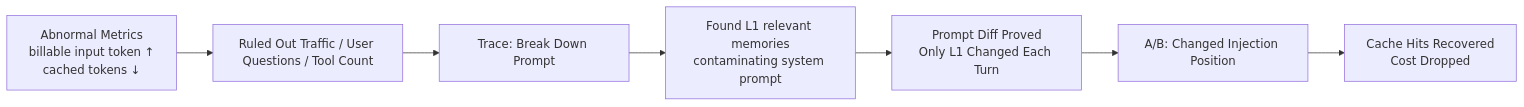
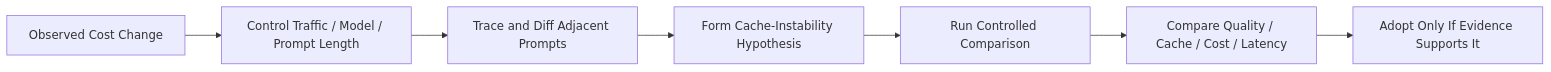
Before and after one commit to PorunC/interview: the seventh of 20 diagrams in 问题/05-英文面试/三项目与Agent系统设计-英文.md, drawn with Mermaid. The commit also changed other lines of this file and 27 other files, not shown here.

````diff
--- a/问题/05-英文面试/三项目与Agent系统设计-英文.md
+++ b/问题/05-英文面试/三项目与Agent系统设计-英文.md
@@ -310,9 +310,9 @@
 ```mermaid
 flowchart LR
-    A["Abnormal Metrics<br/>billable input token ↑<br/>cached tokens ↓"] --> B["Ruled Out Traffic / User Questions / Tool Count"]
-    B --> C["Trace: Break Down Prompt"]
-    C --> D["Found L1 relevant memories<br/>contaminating system prompt"]
-    D --> E["Prompt Diff Proved<br/>Only L1 Changed Each Turn"]
-    E --> F["A/B: Changed Injection Position"]
-    F --> G["Cache Hits Recovered<br/>Cost Dropped"]
+    A["Observed Cost Change"] --> B["Control Traffic / Model / Prompt Length"]
+    B --> C["Trace and Diff Adjacent Prompts"]
+    C --> D["Form Cache-Instability Hypothesis"]
+    D --> E["Run Controlled Comparison"]
+    E --> F["Compare Quality / Cache / Cost / Latency"]
+    F --> G["Adopt Only If Evidence Supports It"]
 ```
````
